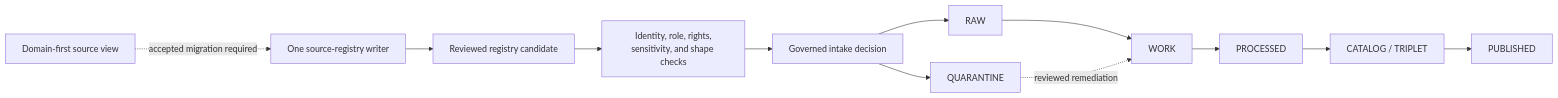
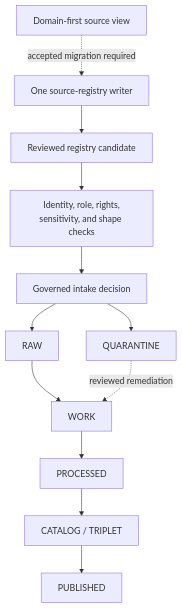
Before and after one commit to bartytime4life/Kansas-Frontier-Matrix: the diagram in data/registry/agriculture/README.md, drawn with Mermaid.

Commit message:
docs(data): improve Agriculture registry flow layout

````diff
--- a/data/registry/agriculture/README.md
+++ b/data/registry/agriculture/README.md
@@ -250,14 +250,14 @@
 ```mermaid
-flowchart LR
-    A["Reviewed registry candidate"] --> B["Identity, role, rights,\nsensitivity, and shape checks"]
+flowchart TD
+    D["Domain-first source view"] -. "accepted migration required" .-> S["One source-registry writer"]
+    S --> A["Reviewed registry candidate"]
+    A --> B["Identity, role, rights,\nsensitivity, and shape checks"]
     B --> C["Governed intake decision"]
     C --> R["RAW"]
     C --> Q["QUARANTINE"]
     R --> W["WORK"]
     Q -. "reviewed remediation" .-> W
     W --> P["PROCESSED"]
     P --> K["CATALOG / TRIPLET"]
     K --> U["PUBLISHED"]
-    D["Domain-first source view"] -. "accepted migration required" .-> S["One source-registry writer"]
-    S --> A
 ```
````
